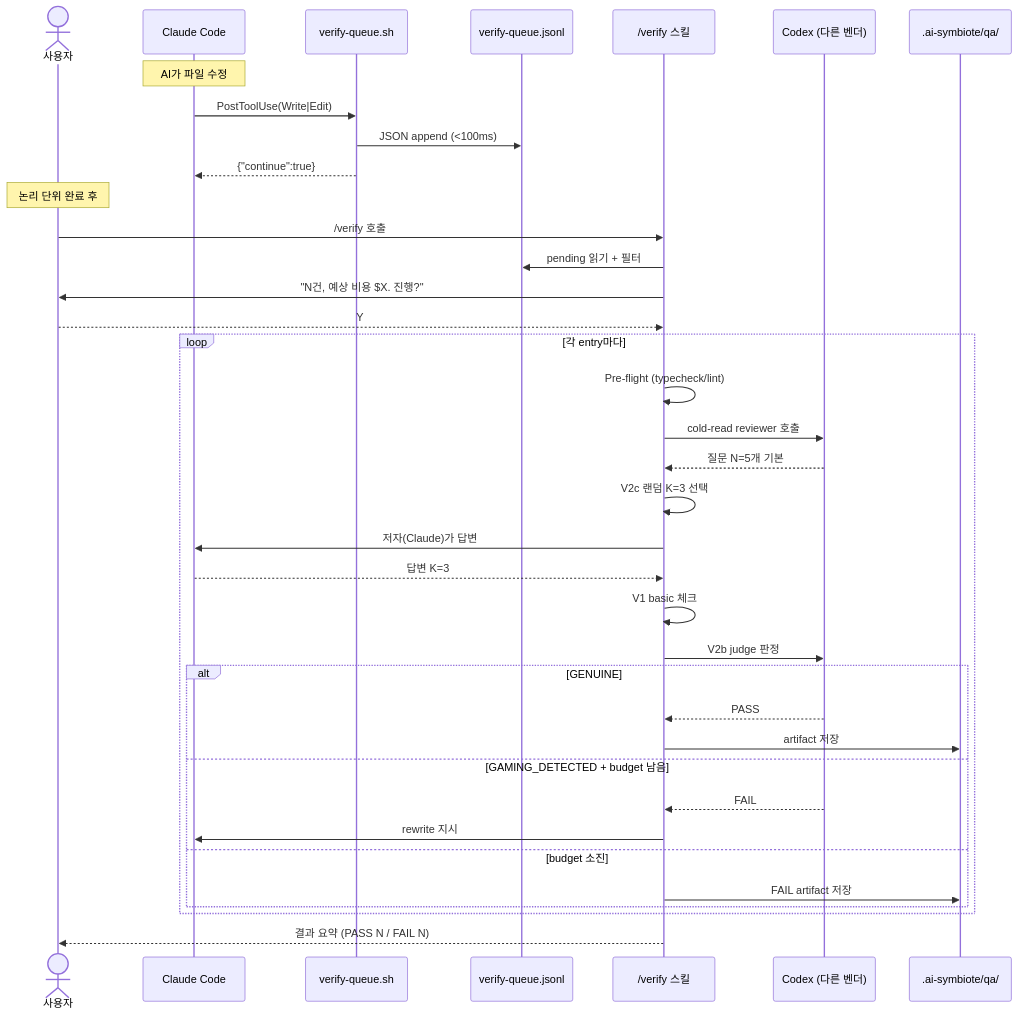
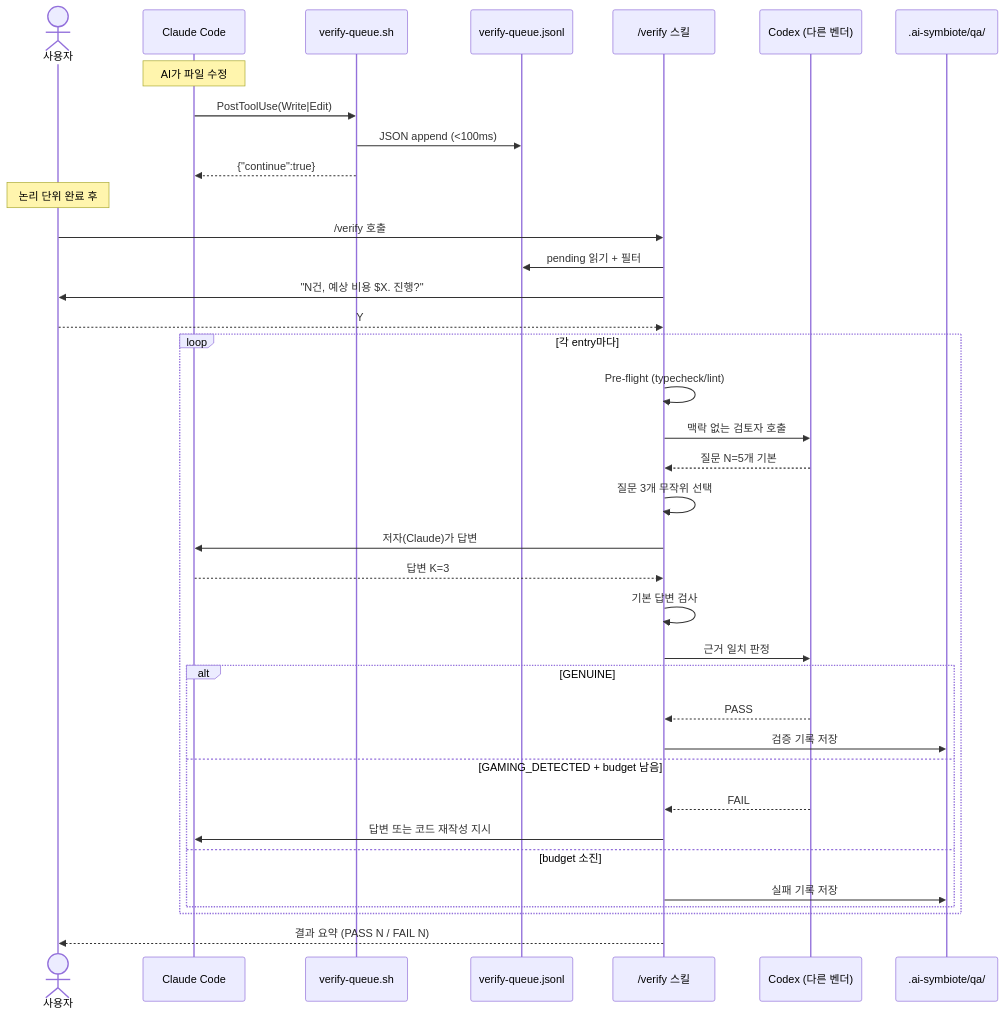
The third of 12 diagrams in docs/09-검증-레이어-동작원리.md (Jimmy-Jung/ai-symbiote), drawn with Mermaid before and after one commit. The commit also changed other lines of this file, not shown here.

````diff
--- a/docs/09-검증-레이어-동작원리.md
+++ b/docs/09-검증-레이어-동작원리.md
@@ -78,43 +101,43 @@
 ```mermaid
 sequenceDiagram
     actor User as 사용자
     participant CC as Claude Code
     participant Hook as verify-queue.sh
     participant Queue as verify-queue.jsonl
     participant Skill as /verify 스킬
     participant Codex as Codex (다른 벤더)
     participant QA as .ai-symbiote/qa/
 
     Note over CC: AI가 파일 수정
     CC->>Hook: PostToolUse(Write|Edit)
     Hook->>Queue: JSON append (<100ms)
     Hook-->>CC: {"continue":true}
 
     Note over User: 논리 단위 완료 후
     User->>Skill: /verify 호출
     Skill->>Queue: pending 읽기 + 필터
     Skill->>User: "N건, 예상 비용 $X. 진행?"
     User-->>Skill: Y
 
     loop 각 entry마다
         Skill->>Skill: Pre-flight (typecheck/lint)
-        Skill->>Codex: cold-read reviewer 호출
+        Skill->>Codex: 맥락 없는 검토자 호출
         Codex-->>Skill: 질문 N=5개 기본
-        Skill->>Skill: V2c 랜덤 K=3 선택
+        Skill->>Skill: 질문 3개 무작위 선택
         Skill->>CC: 저자(Claude)가 답변
         CC-->>Skill: 답변 K=3
-        Skill->>Skill: V1 basic 체크
-        Skill->>Codex: V2b judge 판정
+        Skill->>Skill: 기본 답변 검사
+        Skill->>Codex: 근거 일치 판정
         alt GENUINE
             Codex-->>Skill: PASS
-            Skill->>QA: artifact 저장
+            Skill->>QA: 검증 기록 저장
         else GAMING_DETECTED + budget 남음
             Codex-->>Skill: FAIL
-            Skill->>CC: rewrite 지시
+            Skill->>CC: 답변 또는 코드 재작성 지시
         else budget 소진
-            Skill->>QA: FAIL artifact 저장
+            Skill->>QA: 실패 기록 저장
         end
     end
 
     Skill-->>User: 결과 요약 (PASS N / FAIL N)
 ```
````
